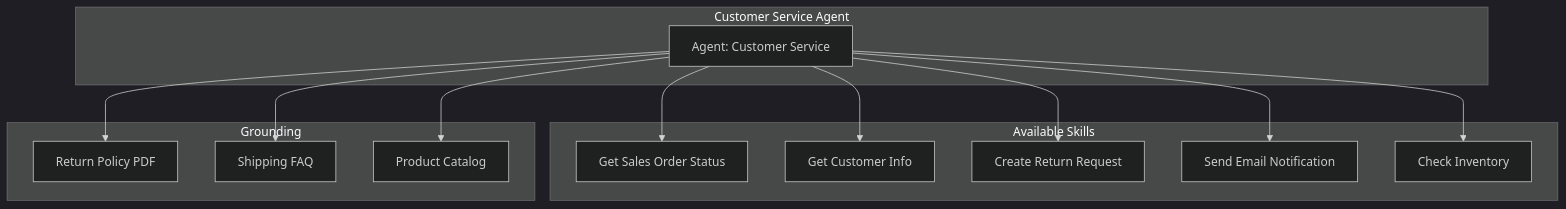
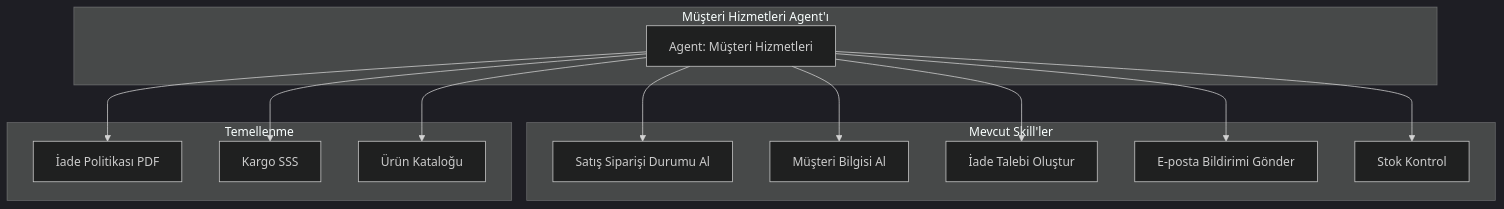
One commit to beyhanmeyrali/sap-all changed the second of 8 diagrams in Technical Tutorials/BTP/TR/chapters/10-building-agents.md. Above: the diagram before and after it, drawn with Mermaid (dark theme). The commit also changed other lines of this file and 11 other files, not shown here.

````diff
--- a/Technical Tutorials/BTP/TR/chapters/10-building-agents.md
+++ b/Technical Tutorials/BTP/TR/chapters/10-building-agents.md
@@ -54,29 +54,29 @@
 ```mermaid
 graph TD
-    subgraph "Customer Service Agent"
-        AG[Agent: Customer Service]
+    subgraph "Müşteri Hizmetleri Agent'ı"
+        AG[Agent: Müşteri Hizmetleri]
     end
 
-    subgraph "Available Skills"
-        S1[Get Sales Order Status]
-        S2[Get Customer Info]
-        S3[Create Return Request]
-        S4[Send Email Notification]
-        S5[Check Inventory]
+    subgraph "Mevcut Skill'ler"
+        S1[Satış Siparişi Durumu Al]
+        S2[Müşteri Bilgisi Al]
+        S3[İade Talebi Oluştur]
+        S4[E-posta Bildirimi Gönder]
+        S5[Stok Kontrol]
     end
 
-    subgraph "Grounding"
-        G1[Return Policy PDF]
-        G2[Shipping FAQ]
-        G3[Product Catalog]
+    subgraph "Temellenme"
+        G1[İade Politikası PDF]
+        G2[Kargo SSS]
+        G3[Ürün Kataloğu]
     end
 
     AG --> S1
     AG --> S2
     AG --> S3
     AG --> S4
     AG --> S5
     AG --> G1
     AG --> G2
     AG --> G3
 ```
````
